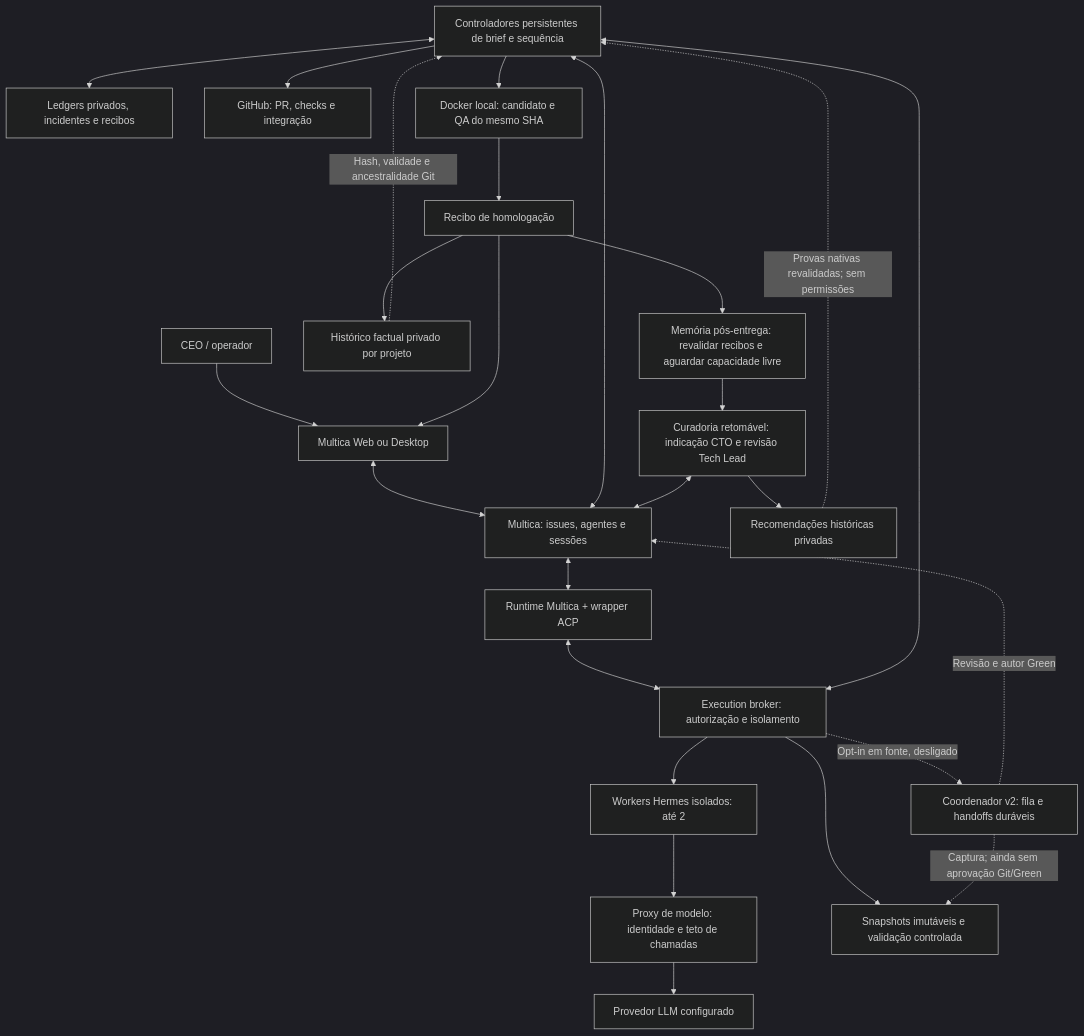
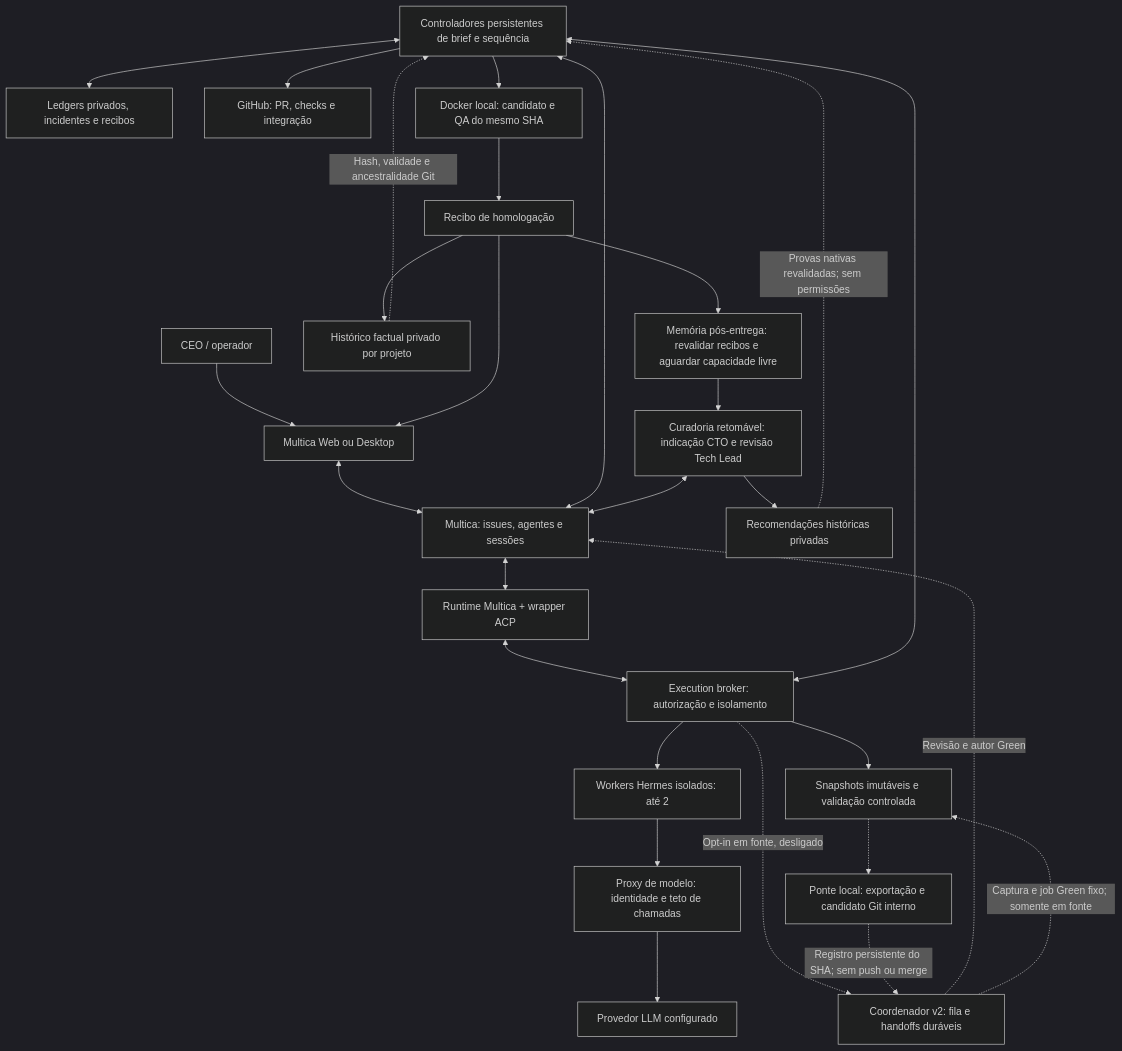
The first of 8 diagrams in README.md (codifydeep/fabriquinha), drawn with Mermaid (dark theme) before and after one commit. The commit also changed other lines of this file and 13 other files, not shown here.

Commit message:
Bind immutable captures to local Git candidates and fixed Green jobs

````diff
--- a/README.md
+++ b/README.md
@@ -330,28 +348,30 @@
 ```mermaid
 flowchart TB
     CEO[CEO / operador] --> UI[Multica Web ou Desktop]
     UI <--> MC[Multica: issues, agentes e sessões]
     MC <--> RT[Runtime Multica + wrapper ACP]
     RT <--> B[Execution broker: autorização e isolamento]
     S[Controladores persistentes de brief e sequência] <--> MC
     S <--> B
     S <--> L[Ledgers privados, incidentes e recibos]
     B --> W[Workers Hermes isolados: até 2]
     W --> P[Proxy de modelo: identidade e teto de chamadas]
     P --> M[Provedor LLM configurado]
     B --> E[Snapshots imutáveis e validação controlada]
     B -.->|Opt-in em fonte, desligado| V2[Coordenador v2: fila e handoffs duráveis]
     V2 -.->|Revisão e autor Green| MC
-    V2 -.->|Captura; ainda sem aprovação Git/Green| E
+    V2 -.->|Captura e job Green fixo; somente em fonte| E
+    E -.-> GX[Ponte local: exportação e candidato Git interno]
+    GX -.->|Registro persistente do SHA; sem push ou merge| V2
     S --> GH[GitHub: PR, checks e integração]
     S --> QA[Docker local: candidato e QA do mesmo SHA]
     QA --> R[Recibo de homologação]
     R --> UI
     R --> HF[Histórico factual privado por projeto]
     HF -.->|Hash, validade e ancestralidade Git| S
     R --> MQ[Memória pós-entrega: revalidar recibos e aguardar capacidade livre]
     MQ --> C[Curadoria retomável: indicação CTO e revisão Tech Lead]
     C <--> MC
     C --> K[Recomendações históricas privadas]
     K -.->|Provas nativas revalidadas; sem permissões| S
 ```
````
